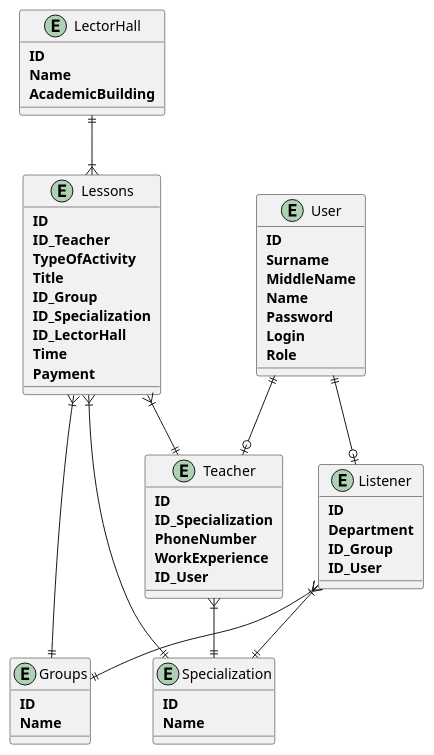
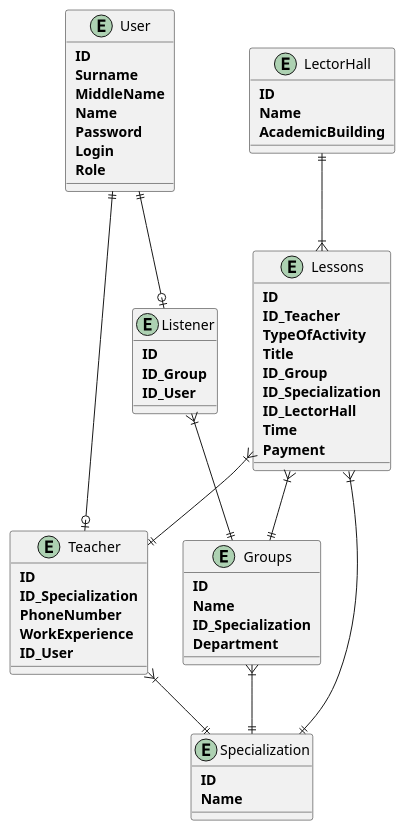
One commit to Undetaker45/MDKP changed the diagram in UML/ER_Diagram.wsd. Above: the diagram before and after it, drawn with PlantUML. The commit also changed 64 other files, not shown here.

```diff
--- a/UML/ER_Diagram.wsd
+++ b/UML/ER_Diagram.wsd
@@ -1,65 +1,66 @@
 @startuml ER_Diagram.wsd
 
 entity User{
     ** ID **
     ** Surname **
     ** MiddleName **
     ** Name **
     ** Password **
     ** Login **
     ** Role **
 }
 
 entity Specialization{
     ** ID **
     ** Name **
 }
 
 entity Groups{
     ** ID **
     ** Name **
+    ** ID_Specialization **
+    ** Department **
 }
 
 entity Teacher{
     ** ID **
     ** ID_Specialization **
     ** PhoneNumber **
     ** WorkExperience **
     ** ID_User **
 }
 
 entity Listener{
     ** ID **
-    ** Department **
     ** ID_Group **
     ** ID_User **
 }
 
 entity LectorHall{
     ** ID **
     ** Name **
     ** AcademicBuilding **
 }
 
 entity Lessons{
     ** ID **
     ** ID_Teacher **
     ** TypeOfActivity **
     ** Title **
     ** ID_Group **
     ** ID_Specialization **
     ** ID_LectorHall **
     ** Time **
     ** Payment **
 }
 
 LectorHall ||--|{ Lessons
 User ||--o| Teacher
 User ||--o| Listener
 Listener }|--|| Groups
 Lessons }|--|| Groups
 Lessons }|--|| Teacher
 Teacher }|--|| Specialization
-Listener }|--|| Specialization
+Groups }|--|| Specialization
 Lessons }|--|| Specialization
 @endstartuml
```
